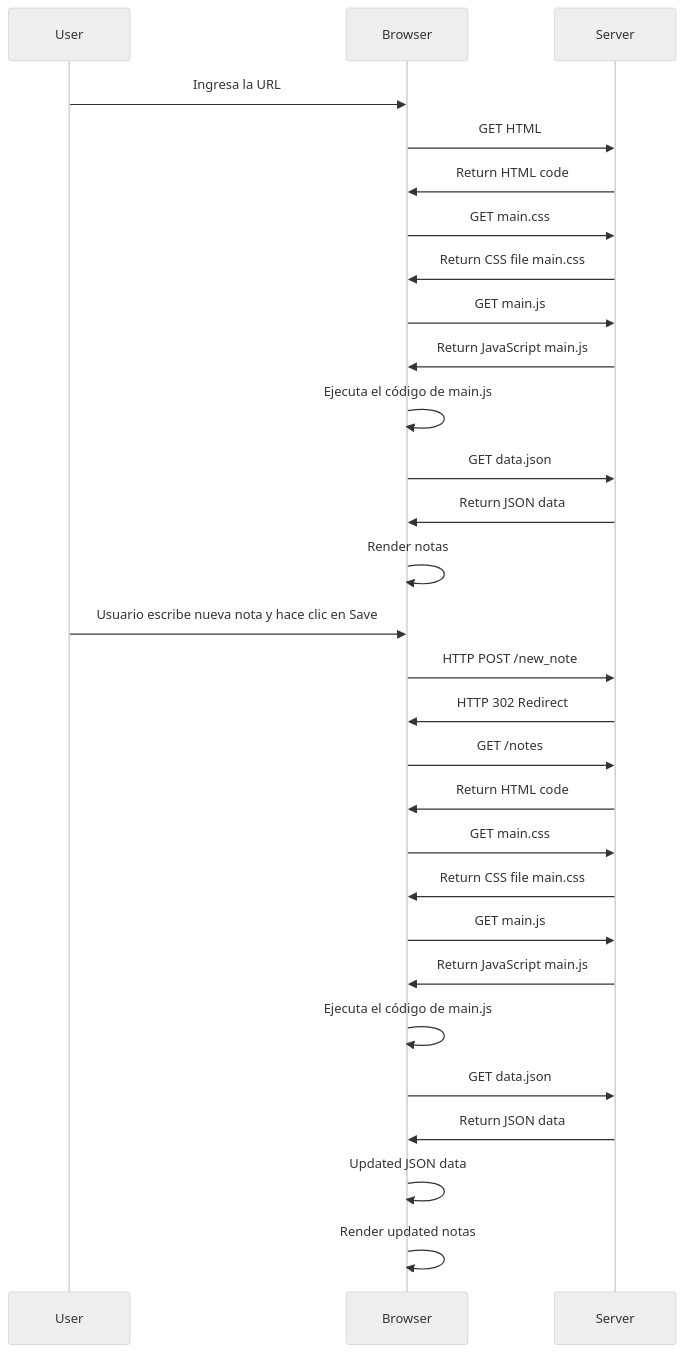
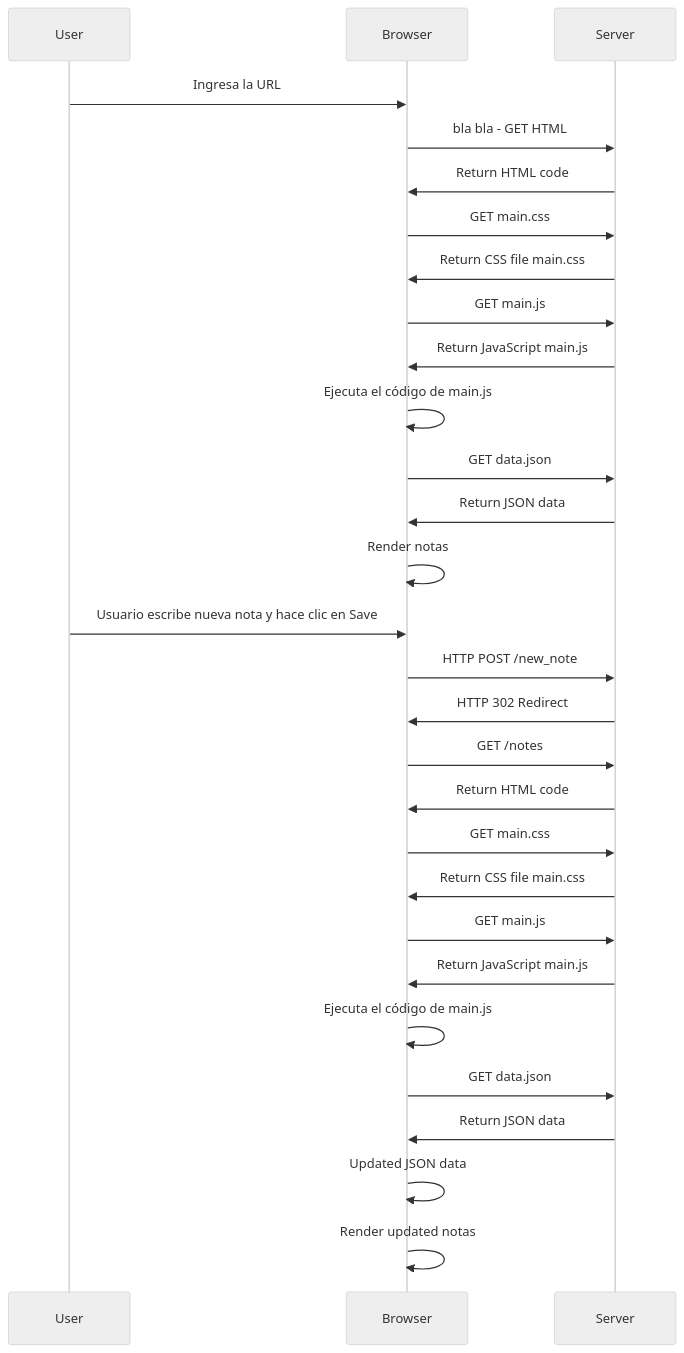
Before and after one commit to mgarciajust/fullstack-course: the diagram in secuencia.md, drawn with Mermaid (neutral theme).

````diff
--- a/secuencia.md
+++ b/secuencia.md
@@ -1,28 +1,28 @@
 ```mermaid
 sequenceDiagram
     User->>Browser: Ingresa la URL
-    Browser->>Server: GET HTML
+    Browser->>Server: bla bla - GET HTML
     Server->>Browser: Return HTML code
     Browser->>Server: GET main.css
     Server->>Browser: Return CSS file main.css
     Browser->>Server: GET main.js
     Server->>Browser: Return JavaScript main.js
     Browser->>Browser: Ejecuta el código de main.js
     Browser->>Server: GET data.json
     Server->>Browser: Return JSON data
     Browser->>Browser: Render notas
     User->>Browser: Usuario escribe nueva nota y hace clic en Save
     Browser->>Server: HTTP POST /new_note
     Server->>Browser: HTTP 302 Redirect
     Browser->>Server: GET /notes
     Server->>Browser: Return HTML code
     Browser->>Server: GET main.css
     Server->>Browser: Return CSS file main.css
     Browser->>Server: GET main.js
     Server->>Browser: Return JavaScript main.js
     Browser->>Browser: Ejecuta el código de main.js
     Browser->>Server: GET data.json
     Server->>Browser: Return JSON data
     Browser->>Browser: Updated JSON data
     Browser->>Browser: Render updated notas
 ```
````
